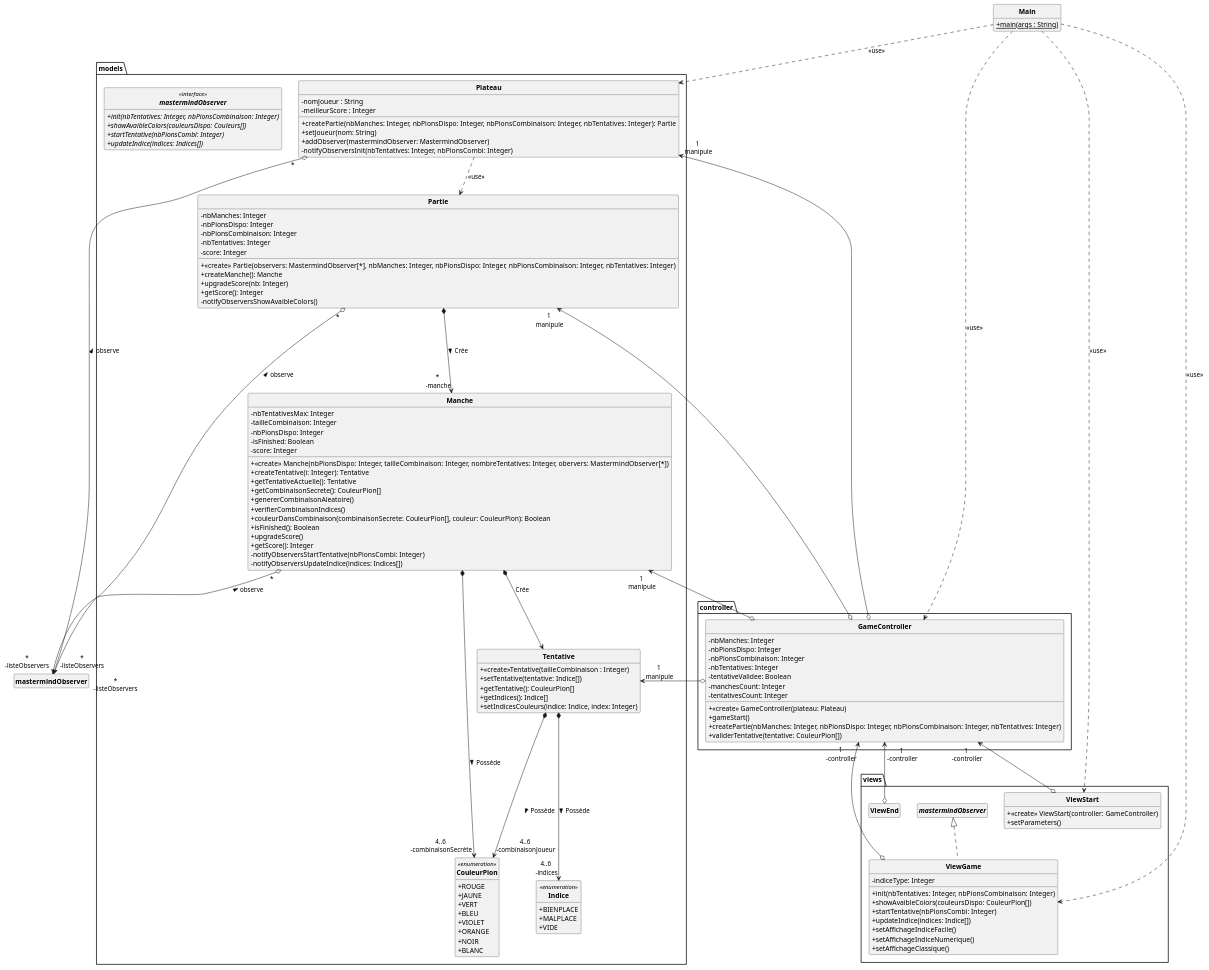
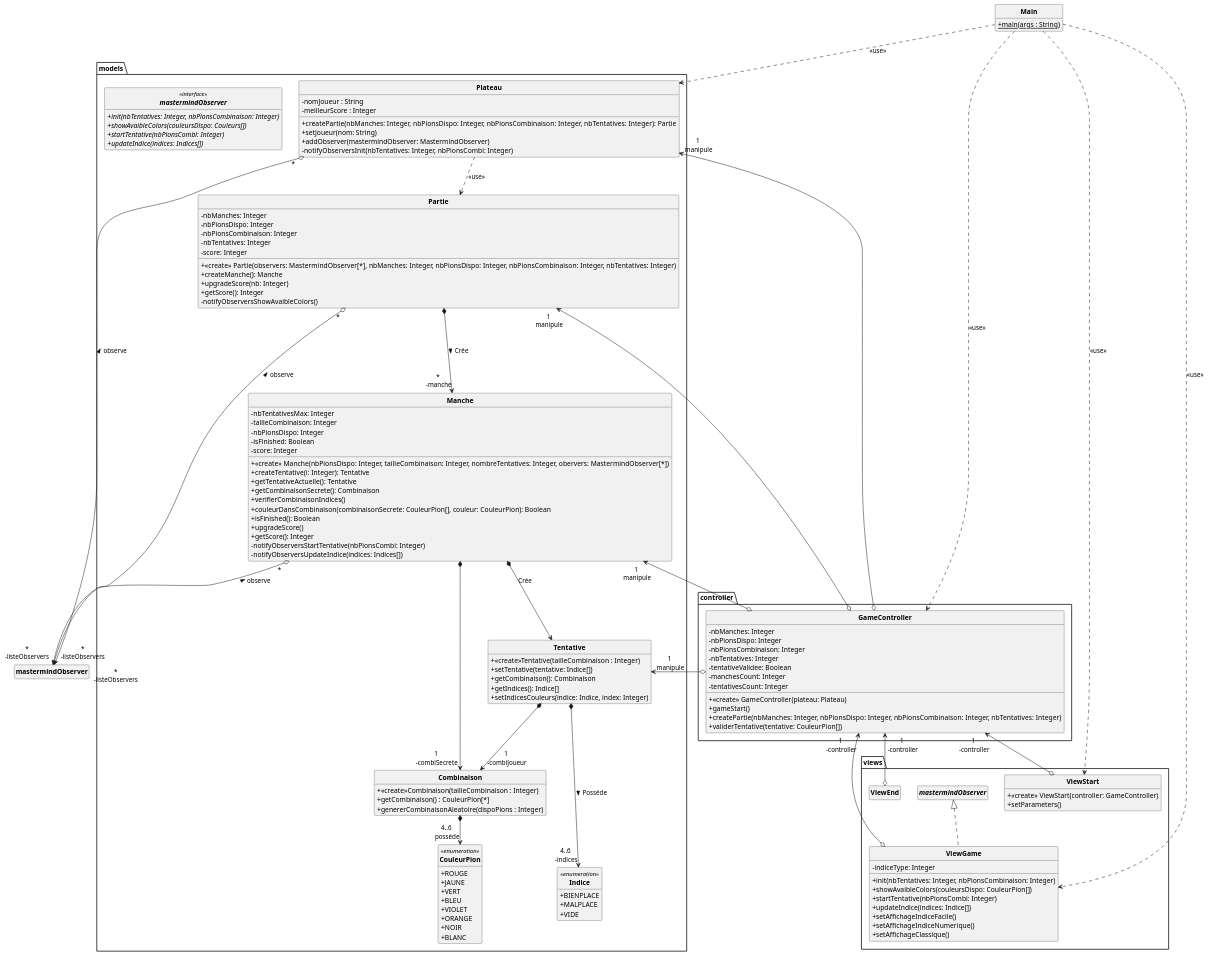
Before and after one commit to eliottlebot/mastermind: the diagram in ProjetMastermind/UML/Mastermind.puml, drawn with PlantUML. The commit also changed 19 other files, not shown here.

```diff
--- a/ProjetMastermind/UML/Mastermind.puml
+++ b/ProjetMastermind/UML/Mastermind.puml
@@ -1,180 +1,187 @@
 @startuml
 'https://plantuml.com/class-diagram
 skinparam classAttributeIconSize 0
 skinparam classFontStyle Bold
 skinparam style strictuml
 hide empty members
 
 class Main{
     +main(args : String){static}
 }
 
 package models
 {
     class Plateau
     {
         -nomJoueur : String
         -meilleurScore : Integer
         +createPartie(nbManches: Integer, nbPionsDispo: Integer, nbPionsCombinaison: Integer, nbTentatives: Integer): Partie
         +setJoueur(nom: String)
         +addObserver(mastermindObserver: MastermindObserver)
         -notifyObserversInit(nbTentatives: Integer, nbPionsCombi: Integer)
     }
 
 
     class Partie
     {
         - nbManches: Integer
         - nbPionsDispo: Integer
         - nbPionsCombinaison: Integer
         - nbTentatives: Integer
         - score: Integer
         + <<create>> Partie(observers: MastermindObserver[*], nbManches: Integer, nbPionsDispo: Integer, nbPionsCombinaison: Integer, nbTentatives: Integer)
         + createManche(): Manche
         + upgradeScore(nb: Integer)
         + getScore(): Integer
         - notifyObserversShowAvaibleColors()
     }
 
 
     class Manche
     {
         - nbTentativesMax: Integer
         - tailleCombinaison: Integer
         - nbPionsDispo: Integer
         - isFinished: Boolean
         - score: Integer
 
         + <<create>> Manche(nbPionsDispo: Integer, tailleCombinaison: Integer, nombreTentatives: Integer, obervers: MastermindObserver[*])
         + createTentative(i: Integer): Tentative
         + getTentativeActuelle(): Tentative
-        + getCombinaisonSecrete(): CouleurPion[]
-        + genererCombinaisonAleatoire()
+        + getCombinaisonSecrete(): Combinaison
         + verifierCombinaisonIndices()
         + couleurDansCombinaison(combinaisonSecrete: CouleurPion[], couleur: CouleurPion): Boolean
         + isFinished(): Boolean
         + upgradeScore()
         + getScore(): Integer
         - notifyObserversStartTentative(nbPionsCombi: Integer)
         - notifyObserversUpdateIndice(indices: Indices[])
     }
 
     class Tentative
     {
         +<<create>>Tentative(tailleCombinaison : Integer)
         + setTentative(tentative: Indice[])
-        + getTentative(): CouleurPion[]
+        + getCombinaison(): Combinaison
         + getIndices(): Indice[]
         + setIndicesCouleurs(indice: Indice, index: Integer)
+    }
+
+    class Combinaison
+    {
+        +<<create>>Combinaison(tailleCombinaison : Integer)
+        +getCombinaison() : CouleurPion[*]
+        +genererCombinaisonAleatoire(dispoPions : Integer)
     }
 
 
     interface mastermindObserver <<interface>>
     {
         {abstract} + init(nbTentatives: Integer, nbPionsCombinaison: Integer)
         {abstract} + showAvaibleColors(couleursDispo: Couleurs[])
         {abstract} + startTentative(nbPionsCombi: Integer)
         {abstract} + updateIndice(indices: Indices[])
     }
 
     enum CouleurPion <<enumeration>>
     {
         +ROUGE
         +JAUNE
         +VERT
         +BLEU
         +VIOLET
         +ORANGE
         +NOIR
         +BLANC
     }
 
     enum Indice <<enumeration>>{
         +BIENPLACE
         +MALPLACE
         +VIDE
     }
 
 }
 
 
 
 package views
 {
     class ViewStart
     {
         + <<create>> ViewStart(controller: GameController)
         + setParameters()
     }
 
 
     class ViewGame implements mastermindObserver
     {
         - indiceType: Integer
         + init(nbTentatives: Integer, nbPionsCombinaison: Integer)
         + showAvaibleColors(couleursDispo: CouleurPion[])
         + startTentative(nbPionsCombi: Integer)
         + updateIndice(indices: Indice[])
         +setAffichageIndiceFacile()
         +setAffichageIndiceNumerique()
         +setAffichageClassique()
     }
 
 
     class ViewEnd
     {
 
     }
 }
 
 
 package controller
 {
     class GameController
     {
         - nbManches: Integer
         - nbPionsDispo: Integer
         - nbPionsCombinaison: Integer
         - nbTentatives: Integer
         - tentativeValidee: Boolean
         - manchesCount: Integer
         - tentativesCount: Integer
         + <<create>> GameController(plateau: Plateau)
         + gameStart()
         + createPartie(nbManches: Integer, nbPionsDispo: Integer, nbPionsCombinaison: Integer, nbTentatives: Integer)
         + validerTentative(tentative: CouleurPion[])
     }
 }
 
 
 Plateau ..>Partie : <<use>>
 Plateau "*" o--> "*\n-listeObservers" mastermindObserver: observe <
 Partie *---> "*\n -manche" Manche : Crée >
 
 Partie "*" o--> "*\n-listeObservers" mastermindObserver: observe <
 Manche "*" o--> "*\n-listeObservers" mastermindObserver: observe <
 Manche *--> Tentative : Crée
-Manche *--->"4..6 \n-combinaisonSecrète" CouleurPion : Possède >
 
-
-Tentative *--->"4..6 \n-combinaisonJoueur" CouleurPion : Possède >
 Tentative *--->"4..6 \n-indices" Indice : Possède >
 
 
 ViewGame o-up-> "1\n -controller" GameController
 ViewEnd o-up-> "1\n -controller" GameController
 ViewStart o-up-> "1\n -controller" GameController
 
 
 GameController o-left-> "1\n manipule" Partie
 GameController o-left-> "1\n manipule" Plateau
 GameController o-left-> "1\n manipule" Manche
 GameController o-left-> "1\n manipule" Tentative
 
 Main ..> Plateau : <<use>>
 Main ..> GameController : <<use>>
 Main ..> ViewGame : <<use>>
 Main ..> ViewStart : <<use>>
 
+Manche *--> "1\n -combiSecrete" Combinaison
+Tentative *--> "1\n -combiJoueur" Combinaison
+Combinaison *--> "4..6\n possède" CouleurPion
+
 
 @enduml
```
